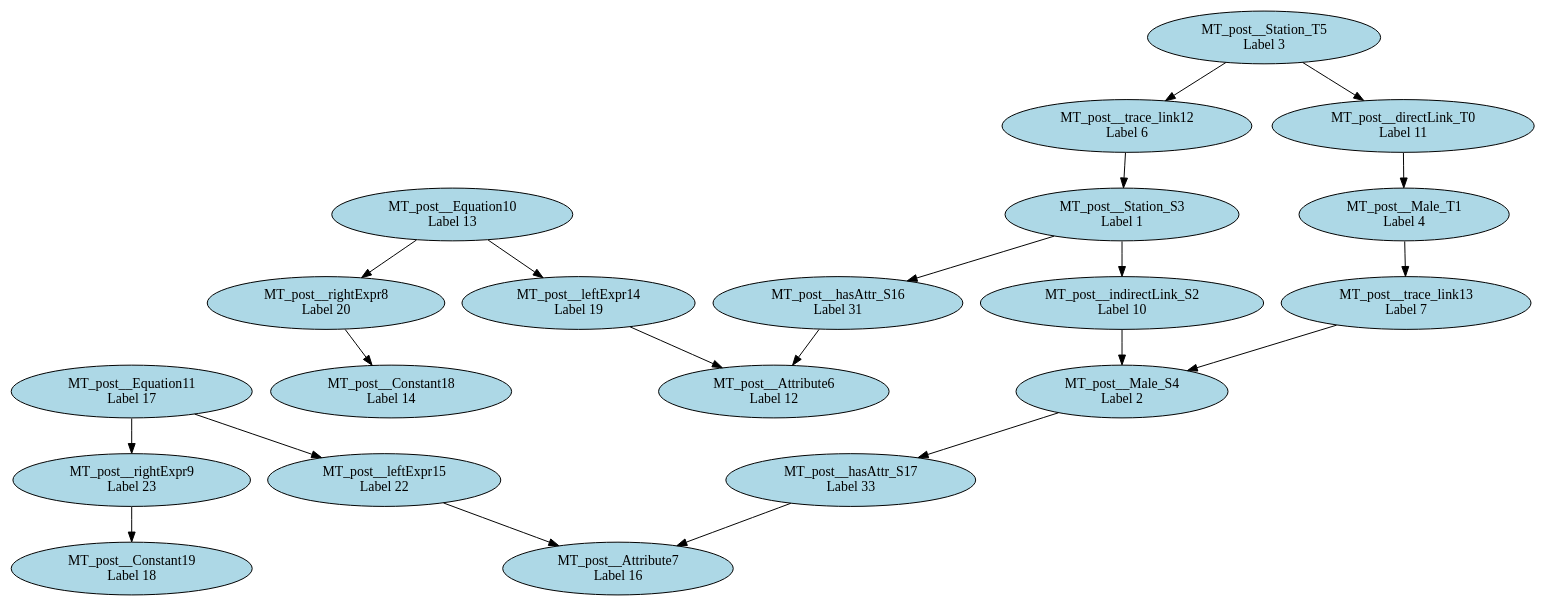
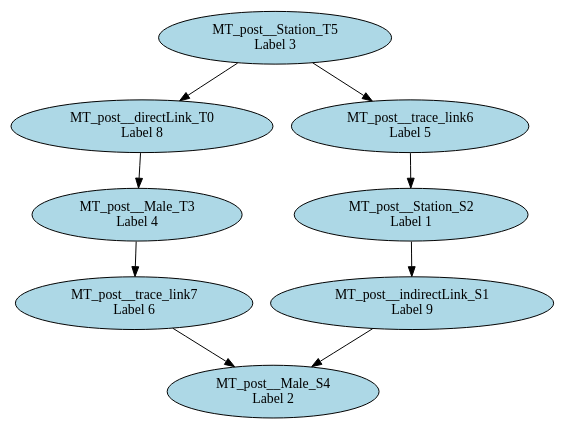
One commit to levilucio/SyVOLT changed the diagram in dot/ruleCombinator_rewrite_HSM2SM_combine_0RHS.dot. Above: the diagram before and after it, drawn with Graphviz. The commit also changed 30 other files, not shown here.

```diff
--- a/dot/ruleCombinator_rewrite_HSM2SM_combine_0RHS.dot
+++ b/dot/ruleCombinator_rewrite_HSM2SM_combine_0RHS.dot
@@ -1,42 +1,18 @@
 digraph ruleCombinator_rewrite_HSM2SM_combine_0RHS {
-"MT_post__directLink_T0\n Label 11" [style=filled, fillcolor=lightblue];
-"MT_post__Male_T1\n Label 4" [style=filled, fillcolor=lightblue];
-"MT_post__indirectLink_S2\n Label 10" [style=filled, fillcolor=lightblue];
-"MT_post__Station_S3\n Label 1" [style=filled, fillcolor=lightblue];
+"MT_post__directLink_T0\n Label 8" [style=filled, fillcolor=lightblue];
+"MT_post__indirectLink_S1\n Label 9" [style=filled, fillcolor=lightblue];
+"MT_post__Station_S2\n Label 1" [style=filled, fillcolor=lightblue];
+"MT_post__Male_T3\n Label 4" [style=filled, fillcolor=lightblue];
 "MT_post__Male_S4\n Label 2" [style=filled, fillcolor=lightblue];
 "MT_post__Station_T5\n Label 3" [style=filled, fillcolor=lightblue];
-"MT_post__Attribute6\n Label 12" [style=filled, fillcolor=lightblue];
-"MT_post__Attribute7\n Label 16" [style=filled, fillcolor=lightblue];
-"MT_post__rightExpr8\n Label 20" [style=filled, fillcolor=lightblue];
-"MT_post__rightExpr9\n Label 23" [style=filled, fillcolor=lightblue];
-"MT_post__Equation10\n Label 13" [style=filled, fillcolor=lightblue];
-"MT_post__Equation11\n Label 17" [style=filled, fillcolor=lightblue];
-"MT_post__trace_link12\n Label 6" [style=filled, fillcolor=lightblue];
-"MT_post__trace_link13\n Label 7" [style=filled, fillcolor=lightblue];
-"MT_post__leftExpr14\n Label 19" [style=filled, fillcolor=lightblue];
-"MT_post__leftExpr15\n Label 22" [style=filled, fillcolor=lightblue];
-"MT_post__hasAttr_S16\n Label 31" [style=filled, fillcolor=lightblue];
-"MT_post__hasAttr_S17\n Label 33" [style=filled, fillcolor=lightblue];
-"MT_post__Constant18\n Label 14" [style=filled, fillcolor=lightblue];
-"MT_post__Constant19\n Label 18" [style=filled, fillcolor=lightblue];
-"MT_post__hasAttr_S16\n Label 31" -> "MT_post__Attribute6\n Label 12";
-"MT_post__leftExpr14\n Label 19" -> "MT_post__Attribute6\n Label 12";
-"MT_post__hasAttr_S17\n Label 33" -> "MT_post__Attribute7\n Label 16";
-"MT_post__leftExpr15\n Label 22" -> "MT_post__Attribute7\n Label 16";
-"MT_post__Station_T5\n Label 3" -> "MT_post__directLink_T0\n Label 11";
-"MT_post__directLink_T0\n Label 11" -> "MT_post__Male_T1\n Label 4";
-"MT_post__Male_T1\n Label 4" -> "MT_post__trace_link13\n Label 7";
-"MT_post__Equation10\n Label 13" -> "MT_post__rightExpr8\n Label 20";
-"MT_post__rightExpr8\n Label 20" -> "MT_post__Constant18\n Label 14";
-"MT_post__Equation11\n Label 17" -> "MT_post__rightExpr9\n Label 23";
-"MT_post__rightExpr9\n Label 23" -> "MT_post__Constant19\n Label 18";
-"MT_post__Equation10\n Label 13" -> "MT_post__leftExpr14\n Label 19";
-"MT_post__Equation11\n Label 17" -> "MT_post__leftExpr15\n Label 22";
-"MT_post__Station_T5\n Label 3" -> "MT_post__trace_link12\n Label 6";
-"MT_post__trace_link12\n Label 6" -> "MT_post__Station_S3\n Label 1";
-"MT_post__trace_link13\n Label 7" -> "MT_post__Male_S4\n Label 2";
-"MT_post__Station_S3\n Label 1" -> "MT_post__indirectLink_S2\n Label 10";
-"MT_post__indirectLink_S2\n Label 10" -> "MT_post__Male_S4\n Label 2";
-"MT_post__Station_S3\n Label 1" -> "MT_post__hasAttr_S16\n Label 31";
-"MT_post__Male_S4\n Label 2" -> "MT_post__hasAttr_S17\n Label 33";
+"MT_post__trace_link6\n Label 5" [style=filled, fillcolor=lightblue];
+"MT_post__trace_link7\n Label 6" [style=filled, fillcolor=lightblue];
+"MT_post__Station_T5\n Label 3" -> "MT_post__directLink_T0\n Label 8";
+"MT_post__directLink_T0\n Label 8" -> "MT_post__Male_T3\n Label 4";
+"MT_post__Station_T5\n Label 3" -> "MT_post__trace_link6\n Label 5";
+"MT_post__trace_link6\n Label 5" -> "MT_post__Station_S2\n Label 1";
+"MT_post__Male_T3\n Label 4" -> "MT_post__trace_link7\n Label 6";
+"MT_post__trace_link7\n Label 6" -> "MT_post__Male_S4\n Label 2";
+"MT_post__Station_S2\n Label 1" -> "MT_post__indirectLink_S1\n Label 9";
+"MT_post__indirectLink_S1\n Label 9" -> "MT_post__Male_S4\n Label 2";
 }
```
